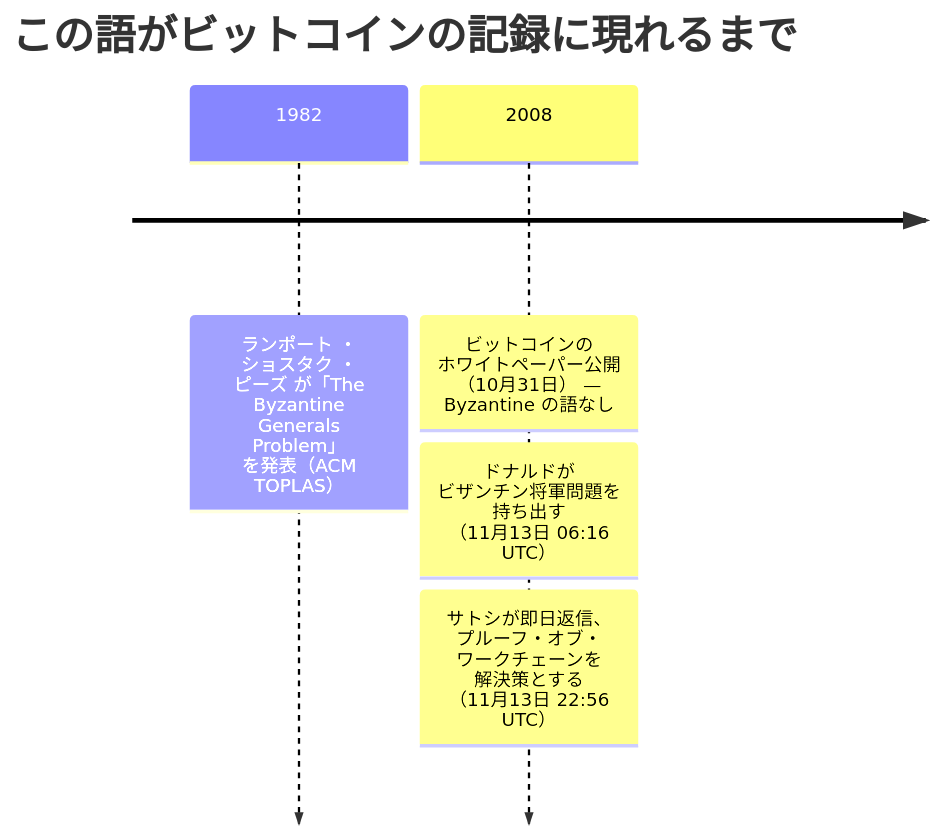
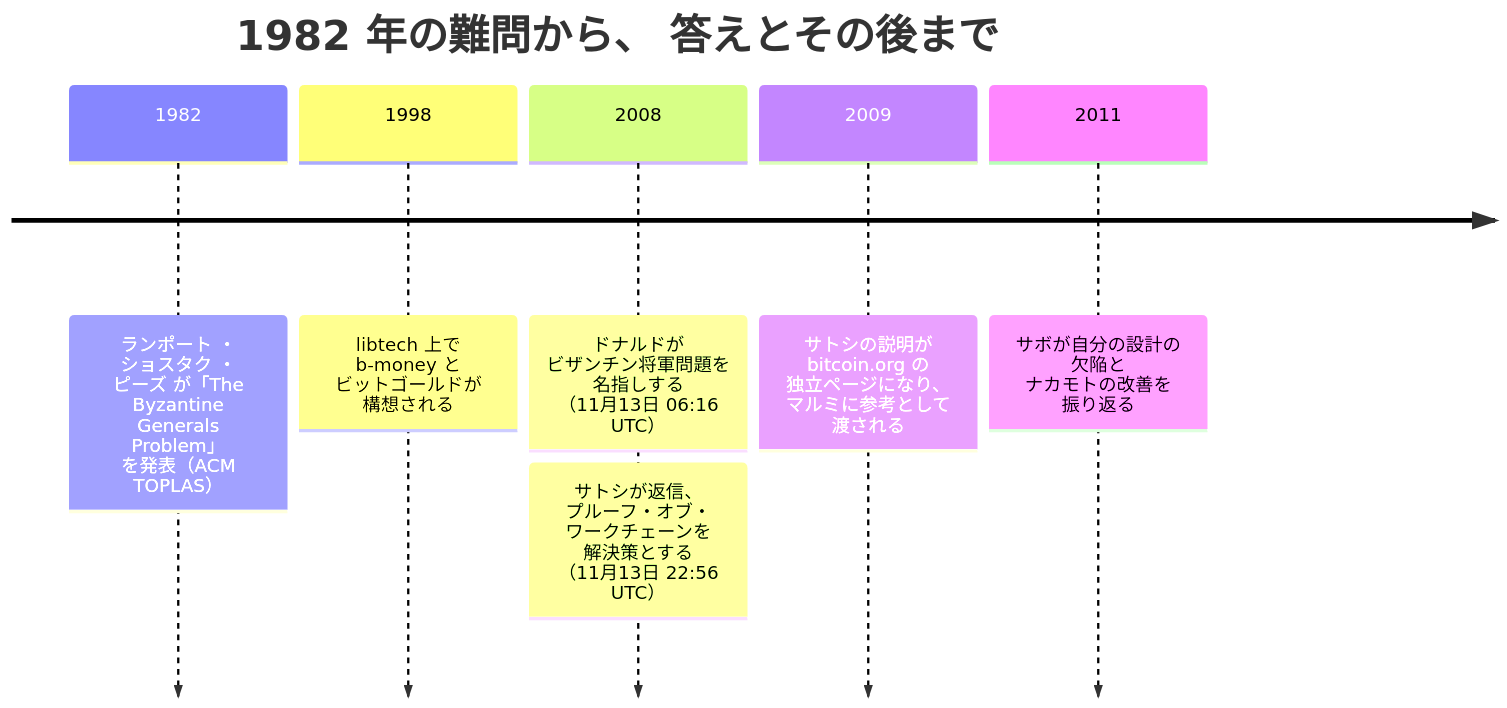
Before and after one commit to cypher256/BitcoinArchive: the diagram in src/data/translations/ja/analysis/2008-11-13-byzantine-generals-problem.md, drawn with Mermaid. The commit also changed other lines of this file and 6 other files, not shown here.

````diff
--- a/src/data/translations/ja/analysis/2008-11-13-byzantine-generals-problem.md
+++ b/src/data/translations/ja/analysis/2008-11-13-byzantine-generals-problem.md
@@ -66,11 +83,15 @@
 ```mermaid
 timeline
-    title この語がビットコインの記録に現れるまで
+    title 1982 年の難問から、 答えとその後まで
     1982 : ランポート ・ ショスタク ・ ピーズ が「The Byzantine Generals Problem」 を発表（ACM TOPLAS）
-    2008 : ビットコインの ホワイトペーパー公開 （10月31日） — Byzantine の語なし
-    %% link: /BitcoinArchive/ja/entries/emails/cryptography/2008-10-31-bitcoin-whitepaper-final/
-         : ドナルドが ビザンチン将軍問題を 持ち出す （11月13日 06:16 UTC）
+    1998 : libtech 上で b-money と ビットゴールドが 構想される
+    %% link: /BitcoinArchive/ja/entries/aftermath/1998-11-26-wei-dai-pipenet-b-money-announcement/
+    2008 : ドナルドが ビザンチン将軍問題を 名指しする （11月13日 06:16 UTC）
     %% link: /BitcoinArchive/ja/entries/emails/cryptography/bitcoin-p2p-e-cash-paper/2008-11-13-james-donald-byzantine-generals-problem/
-         : サトシが即日返信、 プルーフ・オブ・ ワークチェーンを 解決策とする （11月13日 22:56 UTC）
+         : サトシが返信、 プルーフ・オブ・ ワークチェーンを 解決策とする （11月13日 22:56 UTC）
     %% link: /BitcoinArchive/ja/entries/emails/cryptography/bitcoin-p2p-e-cash-paper/2008-11-13-re-bitcoin-p2p-e-cash-paper-satoshi-2/
+    2009 : サトシの説明が bitcoin.org の 独立ページになり、 マルミに参考として 渡される
+    %% link: /BitcoinArchive/ja/entries/correspondence/martti-malmi/2009-05-03-bitcoin-003/
+    2011 : サボが自分の設計の 欠陥と ナカモトの改善を 振り返る
+    %% link: /BitcoinArchive/ja/entries/aftermath/2011-05-28-nick-szabo-bitcoin-what-took-ye-so-long/
 ```
````
